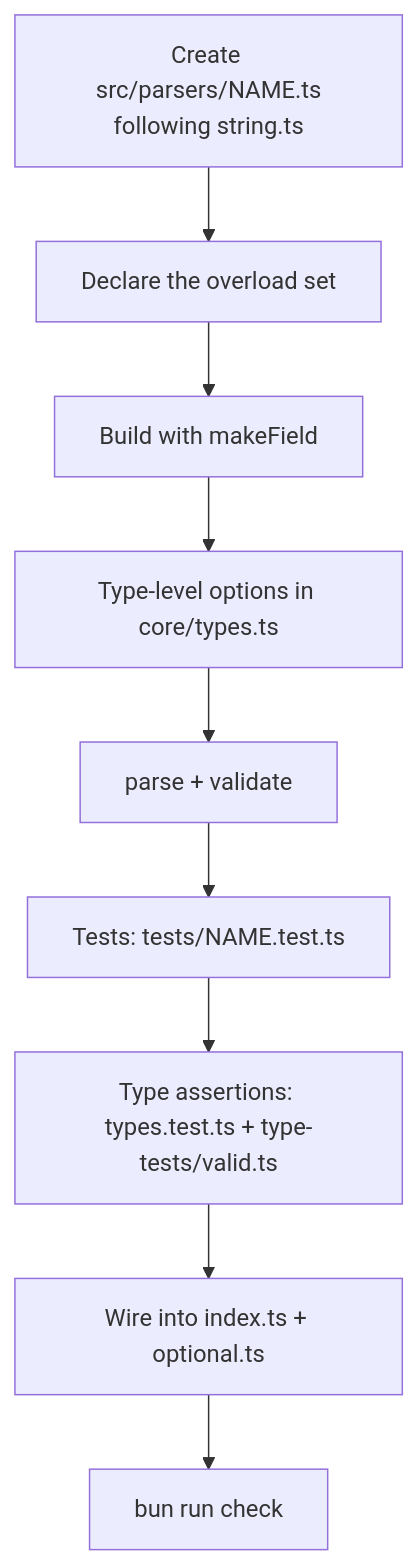
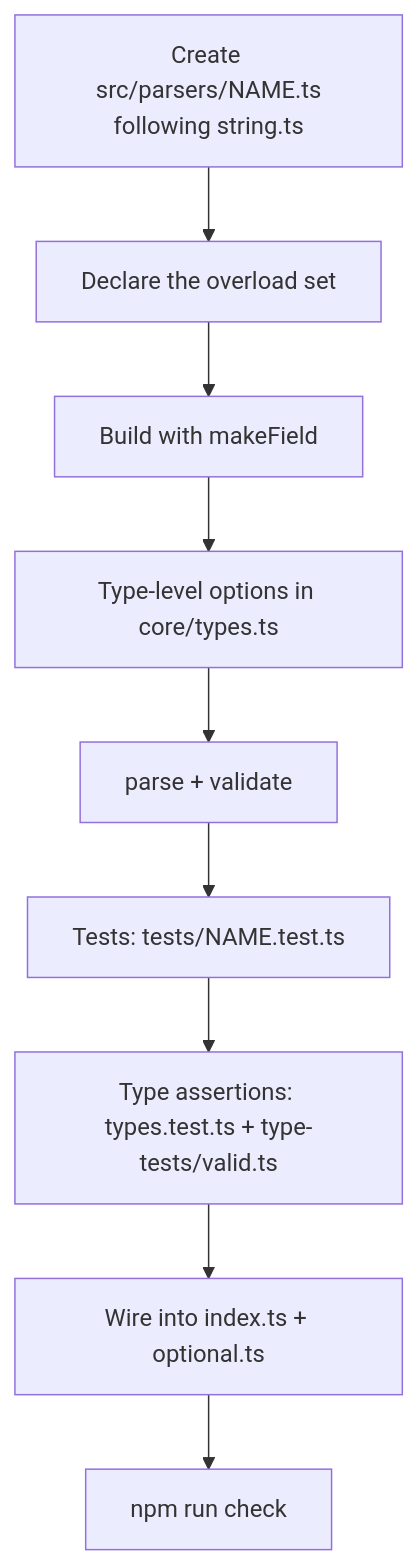
Before and after one commit to PhotoDotPi/envy: the second of 2 diagrams in CONTRIBUTING.md, drawn with Mermaid. The commit also changed other lines of this file and 14 other files, not shown here.

````diff
--- a/CONTRIBUTING.md
+++ b/CONTRIBUTING.md
@@ -119,11 +123,11 @@
 ```mermaid
 flowchart TD
     A[Create src/parsers/NAME.ts<br/>following string.ts] --> B[Declare the overload set]
     B --> C[Build with makeField]
     C --> D[Type-level options in core/types.ts]
     D --> E[parse + validate]
     E --> F[Tests: tests/NAME.test.ts]
     F --> G[Type assertions: types.test.ts + type-tests/valid.ts]
     G --> H[Wire into index.ts + optional.ts]
-    H --> I[bun run check]
+    H --> I[npm run check]
 ```
````
